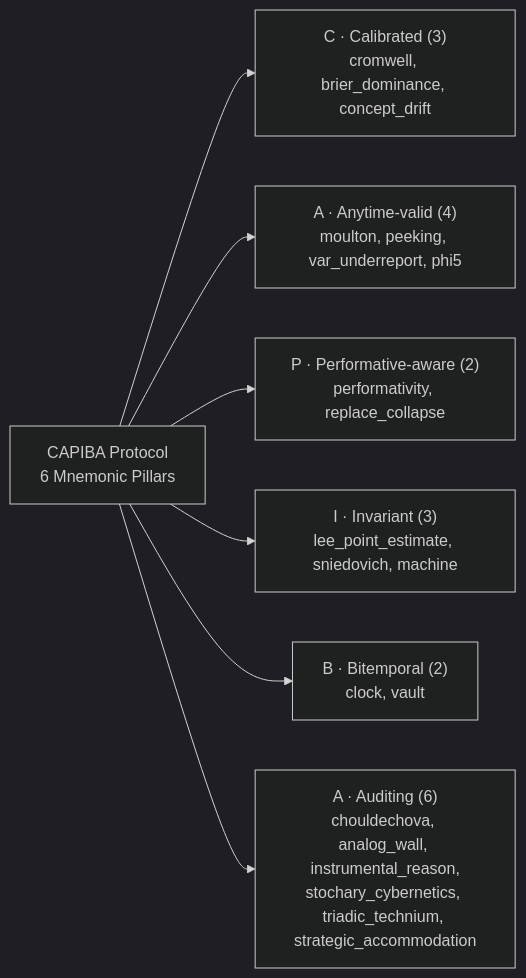
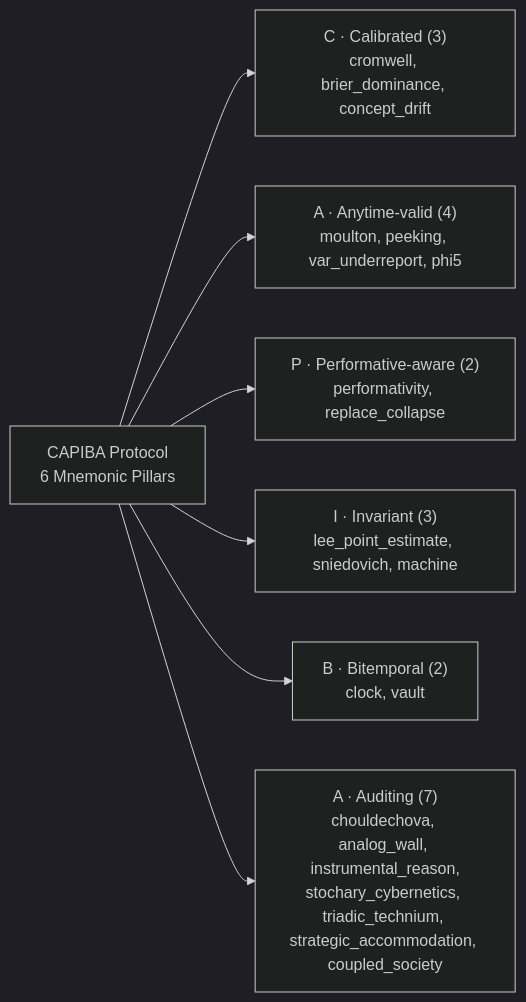
Before and after one commit to 0b3st4f3r4/stochology: the diagram in book-src/27-verification.md, drawn with Mermaid (dark theme). The commit also changed other lines of this file and 9 other files, not shown here.

Commit message:
docs(book,protocol,agents): synchronize coupled society synthesis, 21st defect proof, and 60-file acceptance registry

````diff
--- a/book-src/27-verification.md
+++ b/book-src/27-verification.md
@@ -84,9 +84,9 @@
 ```mermaid
 flowchart LR
     CAPIBA["CAPIBA Protocol<br/>6 Mnemonic Pillars"] --> C["C · Calibrated (3)<br/>cromwell, brier_dominance, concept_drift"]
     CAPIBA --> A1["A · Anytime-valid (4)<br/>moulton, peeking, var_underreport, phi5"]
     CAPIBA --> P["P · Performative-aware (2)<br/>performativity, replace_collapse"]
     CAPIBA --> I["I · Invariant (3)<br/>lee_point_estimate, sniedovich, machine"]
     CAPIBA --> B["B · Bitemporal (2)<br/>clock, vault"]
-    CAPIBA --> A2["A · Auditing (6)<br/>chouldechova, analog_wall, instrumental_reason,<br/>stochary_cybernetics, triadic_technium, strategic_accommodation"]
+    CAPIBA --> A2["A · Auditing (7)<br/>chouldechova, analog_wall, instrumental_reason,<br/>stochary_cybernetics, triadic_technium, strategic_accommodation, coupled_society"]
 ```
````
